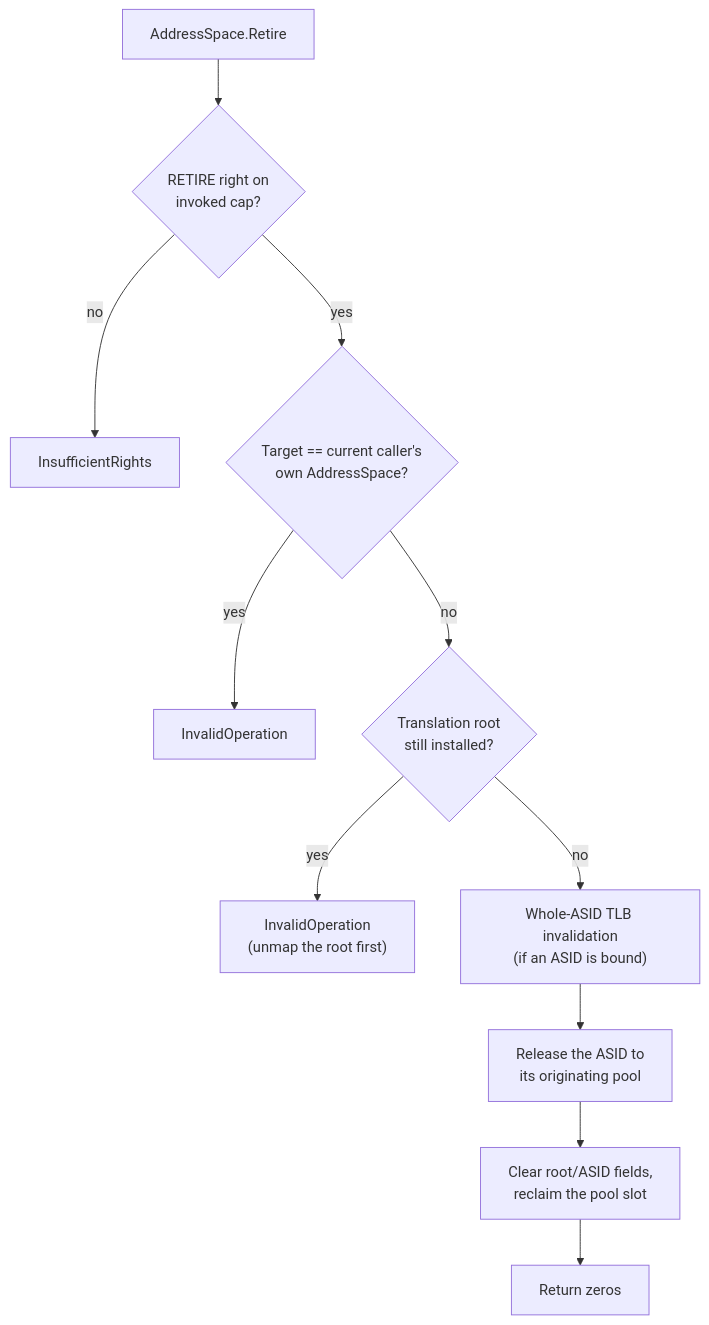
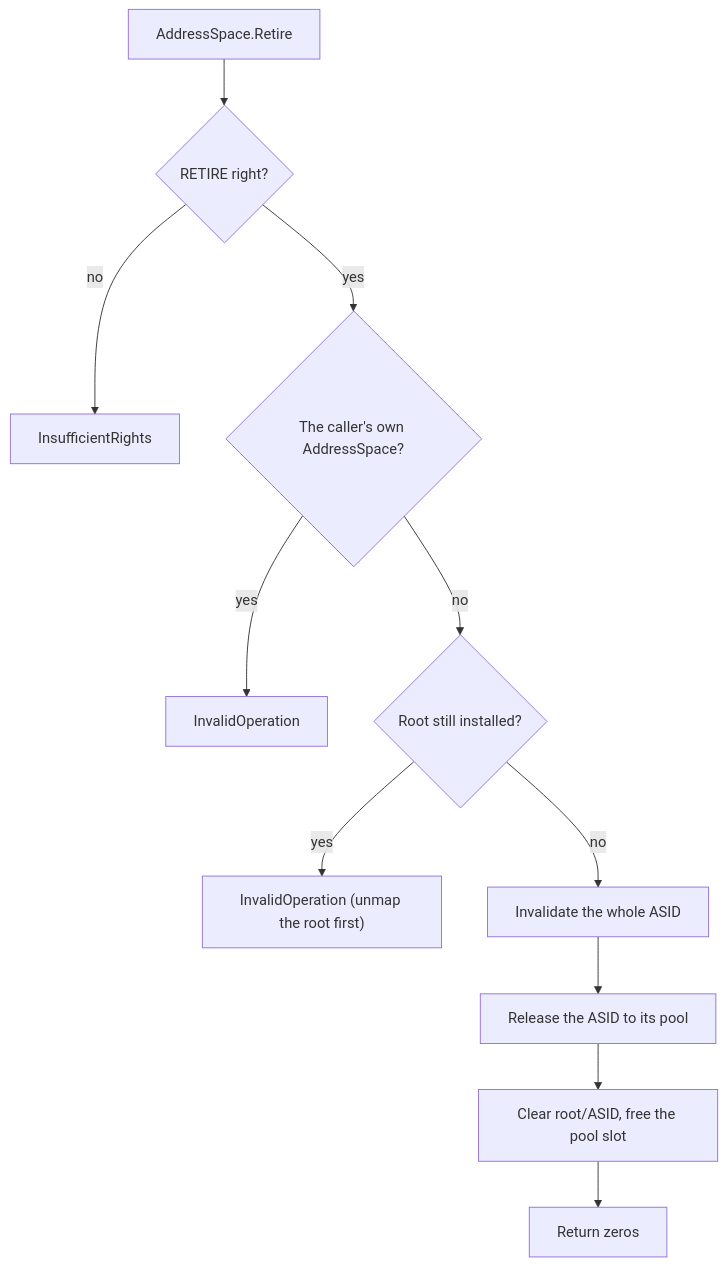
One commit to metta-systems/vesper changed the diagram in doc/object_types/arch/address_space.md. Above: the diagram before and after it, drawn with Mermaid. The commit also changed other lines of this file and 21 other files, not shown here.

````diff
--- a/doc/object_types/arch/address_space.md
+++ b/doc/object_types/arch/address_space.md
@@ -76,13 +51,13 @@
 ```mermaid
 flowchart TD
-    A["AddressSpace.Retire"] --> B{"RETIRE right on<br/>invoked cap?"}
+    A["AddressSpace.Retire"] --> B{"RETIRE right?"}
     B -- "no" --> E1["InsufficientRights"]
-    B -- "yes" --> C{"Target == current caller's<br/>own AddressSpace?"}
+    B -- "yes" --> C{"The caller's own AddressSpace?"}
     C -- "yes" --> E2["InvalidOperation"]
-    C -- "no" --> D{"Translation root<br/>still installed?"}
-    D -- "yes" --> E3["InvalidOperation<br/>(unmap the root first)"]
-    D -- "no" --> F["Whole-ASID TLB invalidation<br/>(if an ASID is bound)"]
-    F --> G["Release the ASID to<br/>its originating pool"]
-    G --> H["Clear root/ASID fields,<br/>reclaim the pool slot"]
+    C -- "no" --> D{"Root still installed?"}
+    D -- "yes" --> E3["InvalidOperation (unmap the root first)"]
+    D -- "no" --> F["Invalidate the whole ASID"]
+    F --> G["Release the ASID to its pool"]
+    G --> H["Clear root/ASID, free the pool slot"]
     H --> OK["Return zeros"]
 ```
````
